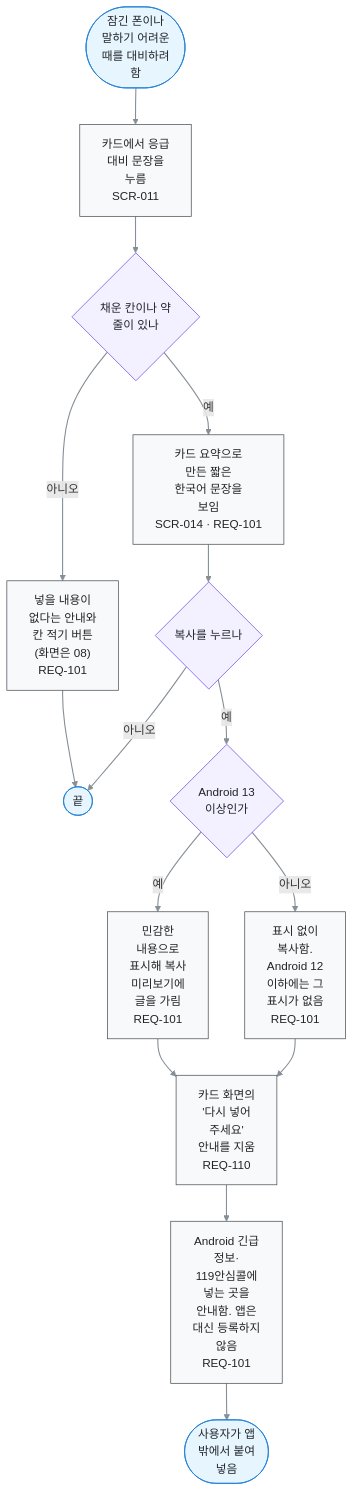
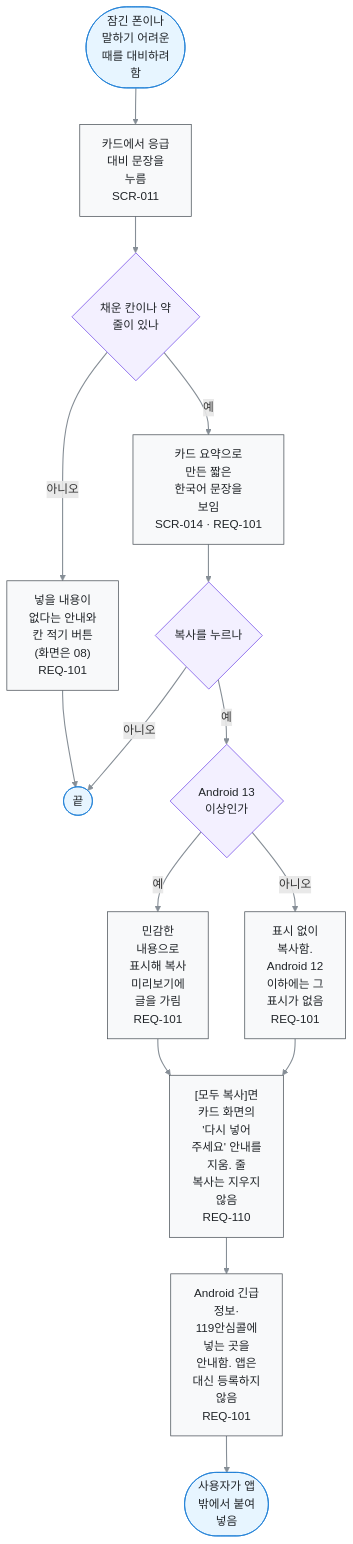
One commit to judangbang-ops/pillbadeum_release changed the diagram in docs/03-user-flow/FL-013-emergency-text.md. Above: the diagram before and after it, drawn with Mermaid. The commit also changed other lines of this file and 19 other files, not shown here.

First line of the commit message:
문서: 2차 개발 중 설계 바꿈 S-2·S-3, 줄 복사는 낡은 문장 안내를 지우지 않고 갤럭시 확인은 실기기 목록으로

````diff
--- a/docs/03-user-flow/FL-013-emergency-text.md
+++ b/docs/03-user-flow/FL-013-emergency-text.md
@@ -8,26 +8,26 @@
 ```mermaid
 flowchart TD
   A(["잠긴 폰이나<br/>말하기 어려운<br/>때를 대비하려<br/>함"]) e1@--> B["카드에서 응급<br/>대비 문장을<br/>누름<br/>SCR-011"]
   B e2@--> C{"채운 칸이나 약<br/>줄이 있나"}
   C e3@-- 아니오 --> C1["넣을 내용이<br/>없다는 안내와<br/>칸 적기 버튼<br/>(화면은 08)<br/>REQ-101"]
   C1 e4@--> Z(["끝"])
   C e5@-- 예 --> D["카드 요약으로<br/>만든 짧은<br/>한국어 문장을<br/>보임<br/>SCR-014 · REQ-101"]
   D e6@--> E{"복사를 누르나"}
   E e7@-- 아니오 --> Z
   E e8@-- 예 --> F{"Android 13<br/>이상인가"}
   F e9@-- 예 --> F1["민감한<br/>내용으로<br/>표시해 복사<br/>미리보기에<br/>글을 가림<br/>REQ-101"]
   F e10@-- 아니오 --> F2["표시 없이<br/>복사함.<br/>Android 12<br/>이하에는 그<br/>표시가 없음<br/>REQ-101"]
-  F1 e11@--> G["카드 화면의<br/>'다시 넣어<br/>주세요'<br/>안내를 지움<br/>REQ-110"]
+  F1 e11@--> G["[모두 복사]면<br/>카드 화면의<br/>'다시 넣어<br/>주세요' 안내를<br/>지움. 줄<br/>복사는 지우지<br/>않음<br/>REQ-110"]
   F2 e12@--> G
   G e13@--> H["Android 긴급<br/>정보·<br/>119안심콜에<br/>넣는 곳을<br/>안내함. 앱은<br/>대신 등록하지<br/>않음<br/>REQ-101"]
   H e14@--> Y(["사용자가 앱<br/>밖에서 붙여<br/>넣음"])
   %% legend: below
   classDef term fill:#e7f5ff,stroke:#1c7ed6,color:#212529
   classDef proc fill:#f8f9fa,stroke:#495057,color:#212529
   classDef decide fill:#f3f0ff,stroke:#7048e8,color:#212529
   classDef pass stroke:#868e96,stroke-width:1.5px
   class A,Y,Z term
   class B,C1,D,F1,F2,G,H proc
   class C,E,F decide
   class e1,e2,e3,e4,e5,e6,e7,e8,e9,e10,e11,e12,e13,e14 pass
 ```
````
